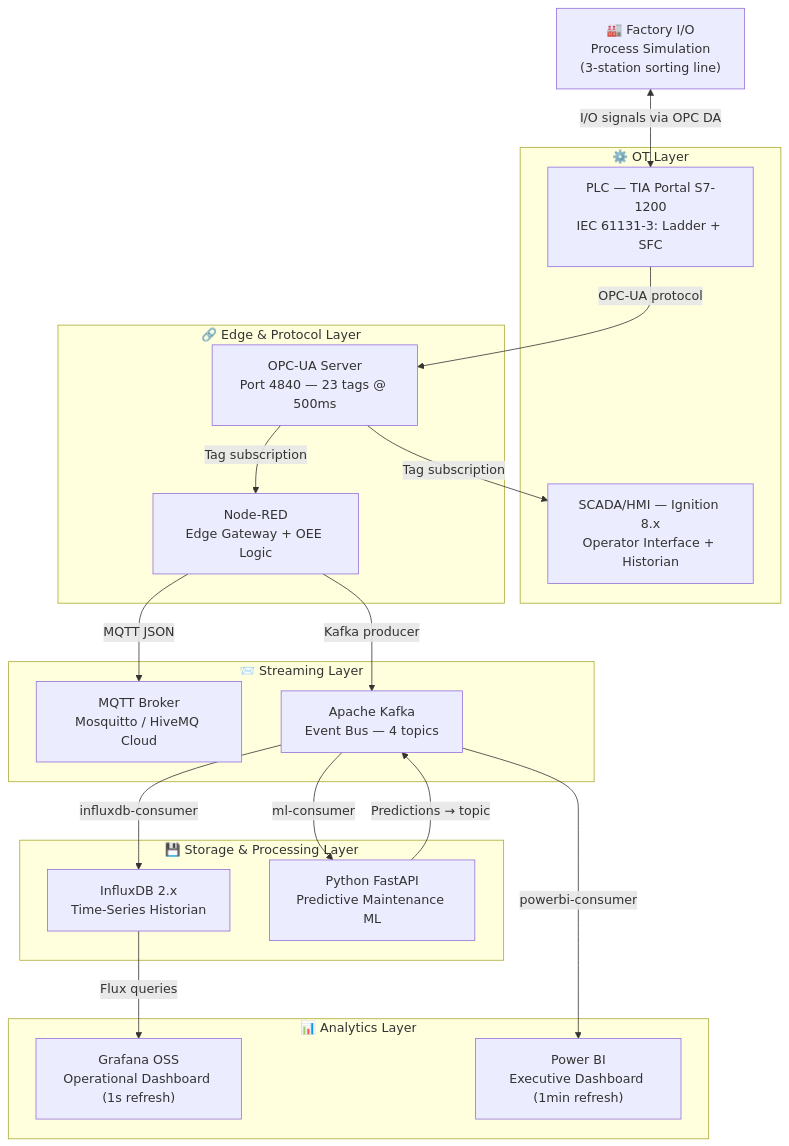
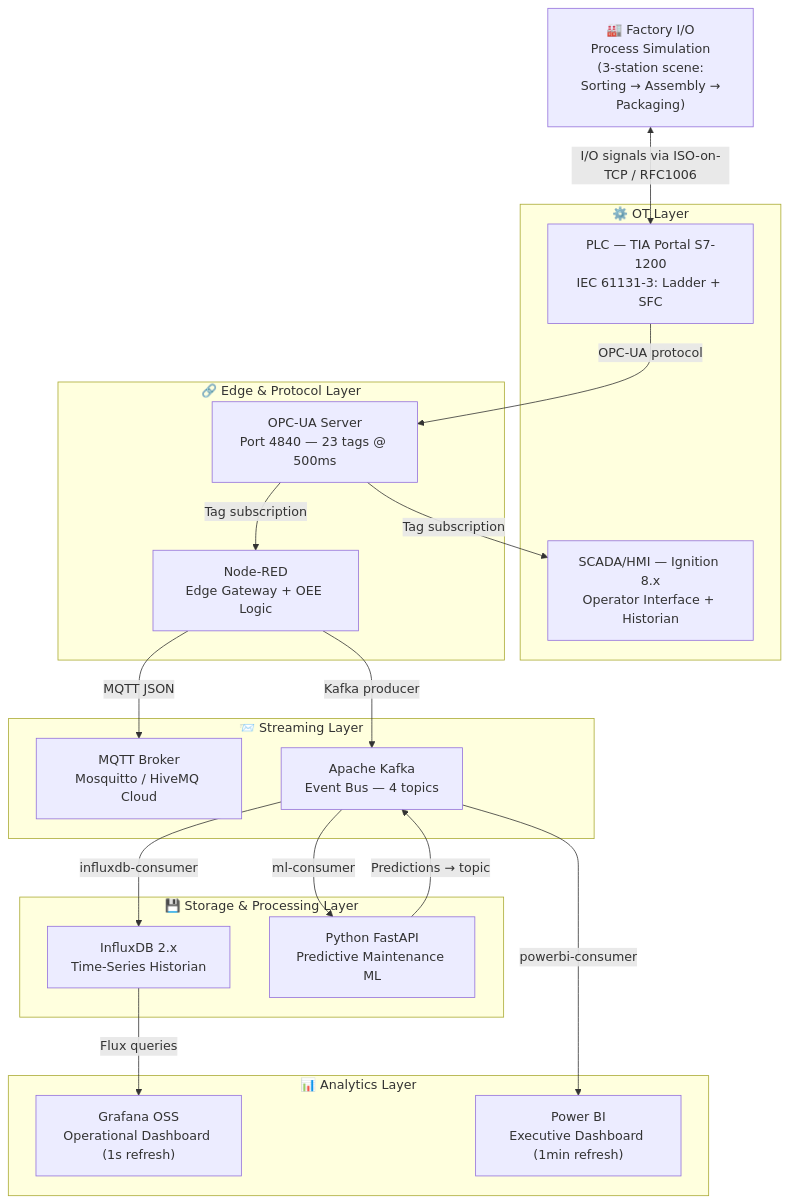
The diagram in README.md (younessTebbaq/SmartLine-360), drawn with Mermaid before and after one commit.

Commit message:
Fix HTML entities and formatting in README
Updated README to fix HTML entities and improve formatting.

````diff
--- a/README.md
+++ b/README.md
@@ -63,41 +63,41 @@
 ```mermaid
 graph TD
-    FIO["🏭 Factory I/O\nProcess Simulation\n(3-station sorting line)"]
+    FIO["🏭 Factory I/O\nProcess Simulation\n(3-station scene:\n Sorting → Assembly → Packaging)"]
 
     subgraph OT ["⚙️  OT Layer"]
         TIA["PLC — TIA Portal S7-1200\nIEC 61131-3: Ladder + SFC"]
         IGN["SCADA/HMI — Ignition 8.x\nOperator Interface + Historian"]
     end
 
     subgraph EDGE ["🔗  Edge & Protocol Layer"]
         OPC["OPC-UA Server\nPort 4840 — 23 tags @ 500ms"]
         NR["Node-RED\nEdge Gateway + OEE Logic"]
     end
 
     subgraph STREAM ["📨  Streaming Layer"]
         MQTT["MQTT Broker\nMosquitto / HiveMQ Cloud"]
         KAFKA["Apache Kafka\nEvent Bus — 4 topics"]
     end
 
     subgraph STORAGE ["💾  Storage & Processing Layer"]
         IDB["InfluxDB 2.x\nTime-Series Historian"]
         ML["Python FastAPI\nPredictive Maintenance ML"]
     end
 
     subgraph ANALYTICS ["📊  Analytics Layer"]
         GRAF["Grafana OSS\nOperational Dashboard (1s refresh)"]
         PBI["Power BI\nExecutive Dashboard (1min refresh)"]
     end
 
-    FIO <-->|"I/O signals via OPC DA"| TIA
+    FIO <-->|"I/O signals via ISO-on-TCP / RFC1006"| TIA
     TIA -->|"OPC-UA protocol"| OPC
     OPC -->|"Tag subscription"| IGN
     OPC -->|"Tag subscription"| NR
     NR -->|"MQTT JSON"| MQTT
     NR -->|"Kafka producer"| KAFKA
     KAFKA -->|"influxdb-consumer"| IDB
     KAFKA -->|"ml-consumer"| ML
     KAFKA -->|"powerbi-consumer"| PBI
     IDB -->|"Flux queries"| GRAF
     ML -->|"Predictions → topic"| KAFKA
 ```
````
